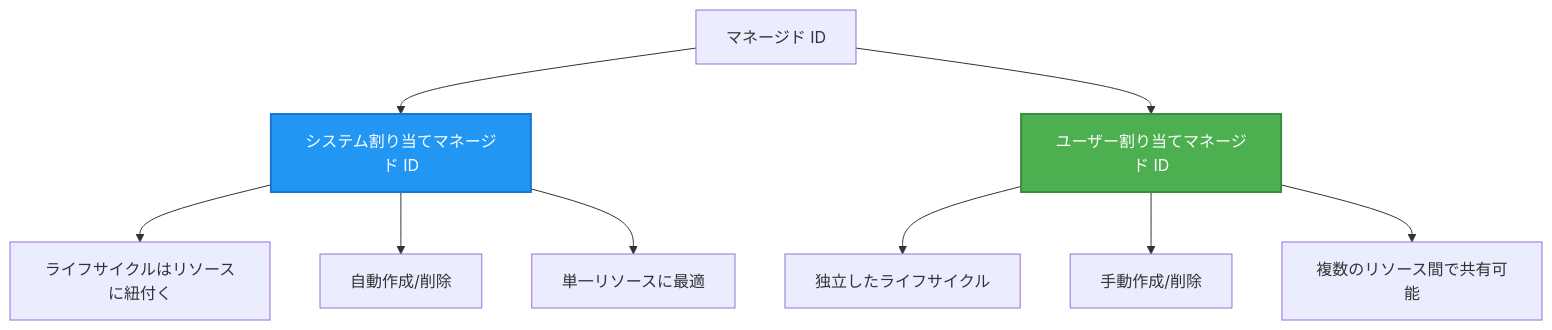
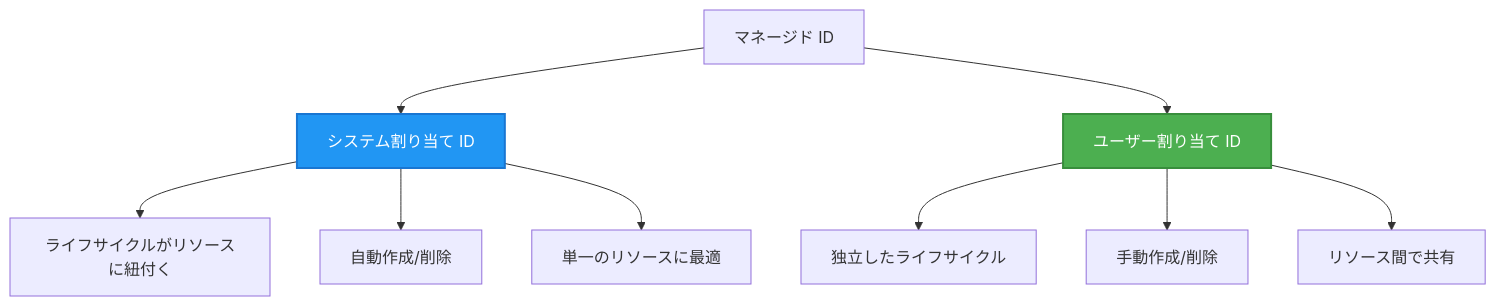
Before and after one commit to microsoft/AZD-for-beginners: the second of 2 diagrams in translations/ja/docs/chapter-03-configuration/authsecurity.md, drawn with Mermaid. The commit also changed other lines of this file and 101 other files, not shown here.

````diff
--- a/translations/ja/docs/chapter-03-configuration/authsecurity.md
+++ b/translations/ja/docs/chapter-03-configuration/authsecurity.md
@@ -97,20 +97,20 @@
 ```mermaid
 graph TB
     MI[マネージド ID]
-    SystemAssigned[システム割り当てマネージド ID]
-    UserAssigned[ユーザー割り当てマネージド ID]
+    SystemAssigned[システム割り当て ID]
+    UserAssigned[ユーザー割り当て ID]
     
     MI --> SystemAssigned
     MI --> UserAssigned
     
-    SystemAssigned --> SA1[ライフサイクルはリソースに紐付く]
+    SystemAssigned --> SA1[ライフサイクルがリソースに紐付く]
     SystemAssigned --> SA2[自動作成/削除]
-    SystemAssigned --> SA3[単一リソースに最適]
+    SystemAssigned --> SA3[単一のリソースに最適]
     
     UserAssigned --> UA1[独立したライフサイクル]
     UserAssigned --> UA2[手動作成/削除]
-    UserAssigned --> UA3[複数のリソース間で共有可能]
+    UserAssigned --> UA3[リソース間で共有]
     
     style SystemAssigned fill:#2196F3,stroke:#1976D2,stroke-width:2px,color:#fff
     style UserAssigned fill:#4CAF50,stroke:#388E3C,stroke-width:2px,color:#fff
 ```
````
